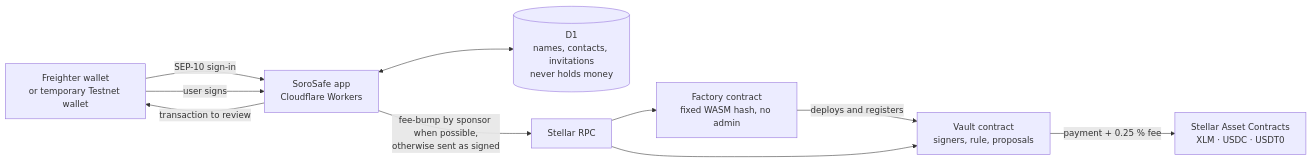
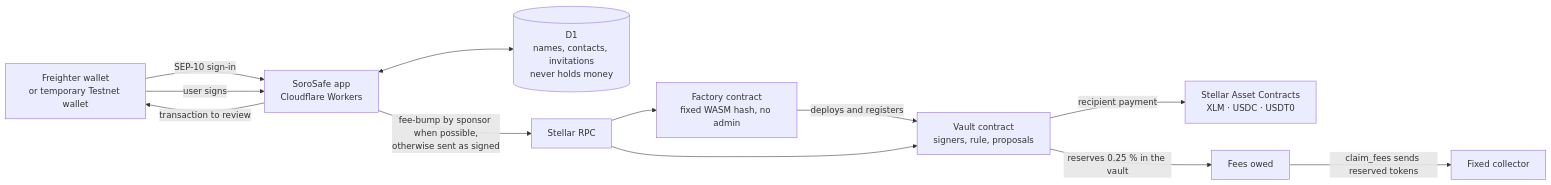
Before and after one commit to ffarinas/sorosafe: the diagram in README.md, drawn with Mermaid. The commit also changed other lines of this file and 10 other files, not shown here.

````diff
--- a/README.md
+++ b/README.md
@@ -80,12 +87,14 @@
 ```mermaid
 flowchart LR
   W["Freighter wallet<br/>or temporary Testnet wallet"] -->|"SEP-10 sign-in"| A["SoroSafe app<br/>Cloudflare Workers"]
   A <--> D[("D1<br/>names, contacts, invitations<br/>never holds money")]
   A -->|"transaction to review"| W
   W -->|"user signs"| A
   A -->|"fee-bump by sponsor when possible,<br/>otherwise sent as signed"| R["Stellar RPC"]
   R --> F["Factory contract<br/>fixed WASM hash, no admin"]
   F -->|"deploys and registers"| V["Vault contract<br/>signers, rule, proposals"]
   R --> V
-  V -->|"payment + 0.25 % fee"| S["Stellar Asset Contracts<br/>XLM · USDC · USDT0"]
+  V -->|"recipient payment"| S["Stellar Asset Contracts<br/>XLM · USDC · USDT0"]
+  V -->|"reserves 0.25 % in the vault"| O["Fees owed"]
+  O -->|"claim_fees sends reserved tokens"| C["Fixed collector"]
 ```
````
